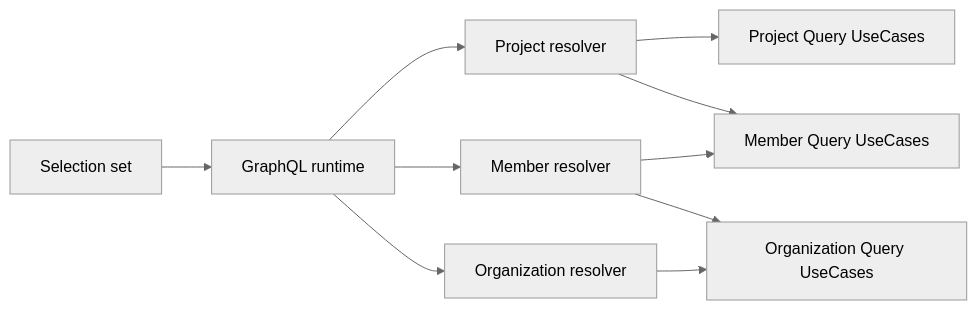
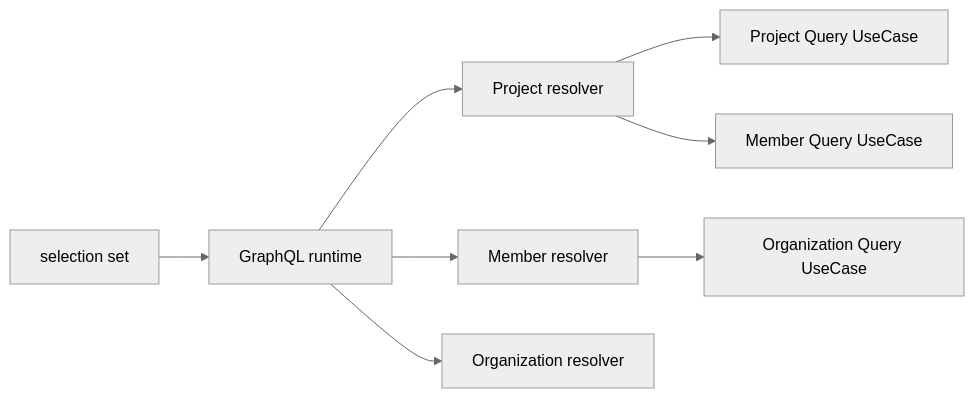
Before and after one commit to UMC-PRODUCT/cygnus-server: the fourth of 4 diagrams in docs/onboarding/graphql/schema-relationships.md, drawn with Mermaid (neutral theme). The commit also changed other lines of this file and 37 other files, not shown here.

Commit message:
refactor: GraphQL 도메인 IDL 경계 분리

````diff
--- a/docs/onboarding/graphql/schema-relationships.md
+++ b/docs/onboarding/graphql/schema-relationships.md
@@ -142,12 +87,10 @@
 ```mermaid
 flowchart LR
-  Client["Selection set"] --> Runtime["GraphQL runtime"]
+  Client["selection set"] --> Runtime["GraphQL runtime"]
   Runtime --> ProjectResolver["Project resolver"]
   Runtime --> MemberResolver["Member resolver"]
   Runtime --> OrganizationResolver["Organization resolver"]
-  ProjectResolver --> ProjectPorts["Project Query UseCases"]
-  ProjectResolver --> MemberPorts["Member Query UseCases"]
-  MemberResolver --> MemberPorts
-  MemberResolver --> OrganizationPorts["Organization Query UseCases"]
-  OrganizationResolver --> OrganizationPorts
+  ProjectResolver --> ProjectUseCase["Project Query UseCase"]
+  ProjectResolver --> MemberUseCase["Member Query UseCase"]
+  MemberResolver --> OrganizationUseCase["Organization Query UseCase"]
 ```
````
